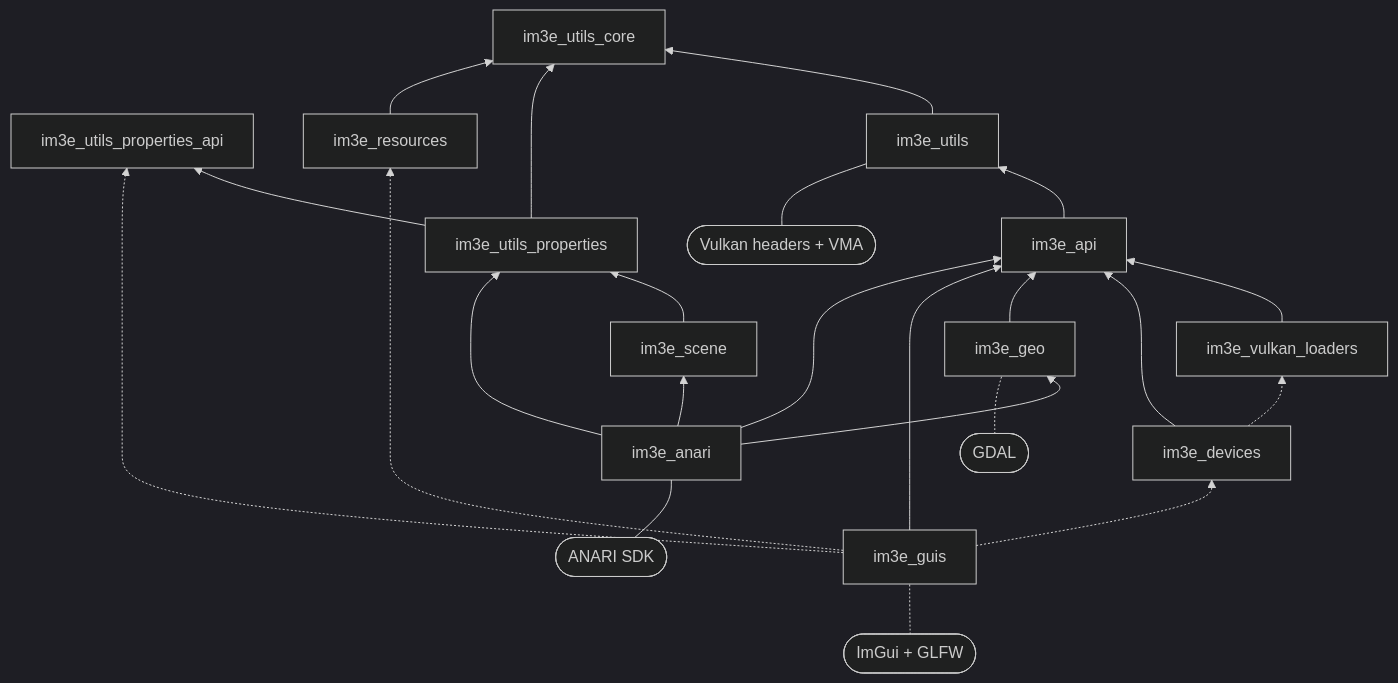
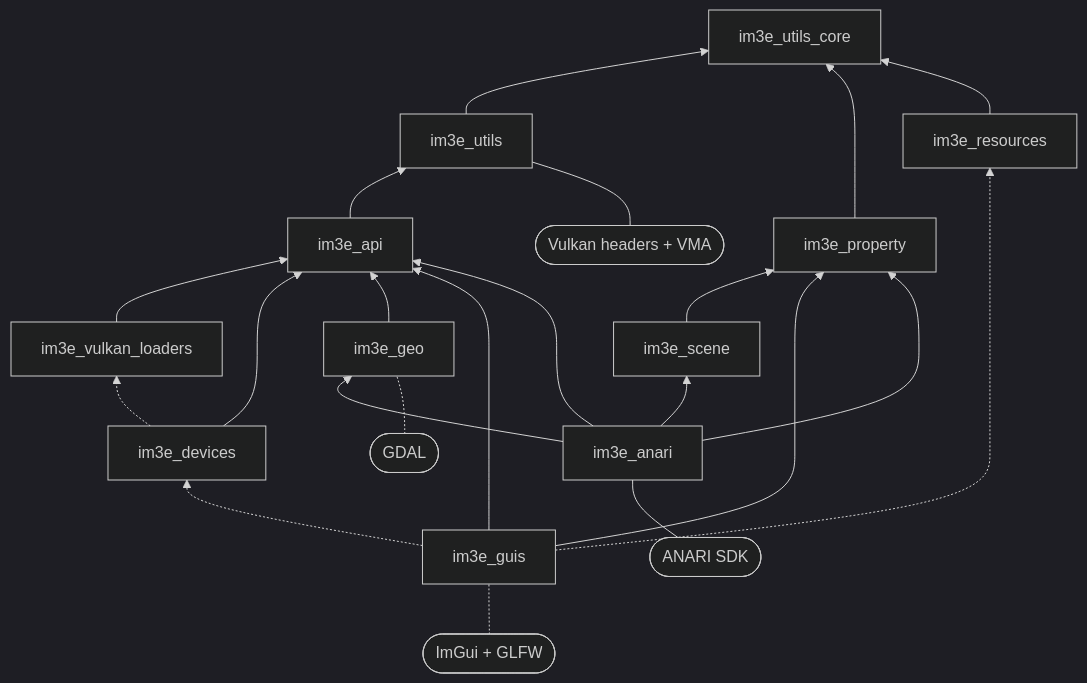
Before and after one commit to lmt-dev-inc/icymoon: the first of 2 diagrams in docs/architecture/index.md, drawn with Mermaid (dark theme). The commit also changed other lines of this file and 5 other files, not shown here.

````diff
--- a/docs/architecture/index.md
+++ b/docs/architecture/index.md
@@ -73,39 +73,37 @@
 ```mermaid
 flowchart BT
     core[im3e_utils_core]
-    props_api[im3e_utils_properties_api]
-    props[im3e_utils_properties]
+    props[im3e_property]
     utils[im3e_utils]
     api[im3e_api]
     loaders[im3e_vulkan_loaders]
     devices[im3e_devices]
     geo[im3e_geo]
     scene[im3e_scene]
     resources[im3e_resources]
     guis[im3e_guis]
     anari[im3e_anari]
 
     utils --> core
     props --> core
-    props --> props_api
     resources --> core
     api --> utils
     loaders --> api
     devices --> api
     devices -.-> loaders
     geo --> api
     scene --> props
     guis --> api
+    guis --> props
     guis -.-> devices
-    guis -.-> props_api
     guis -.-> resources
     anari --> api
     anari --> geo
     anari --> props
     anari --> scene
 
     gdal([GDAL]) -.- geo
     anarisdk([ANARI SDK]) --- anari
     imgui([ImGui + GLFW]) -.- guis
     vk([Vulkan headers + VMA]) --- utils
 ```
````
